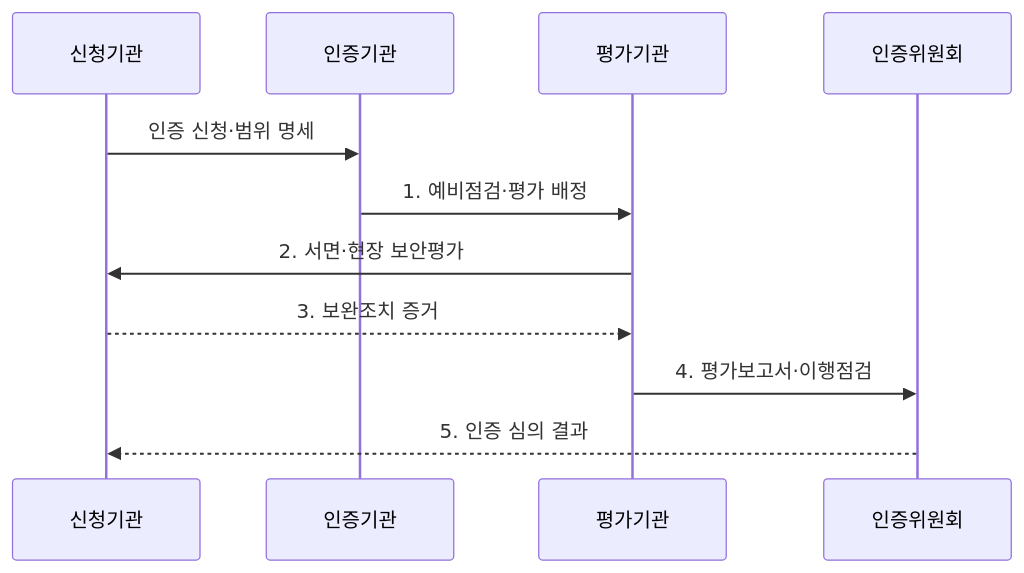
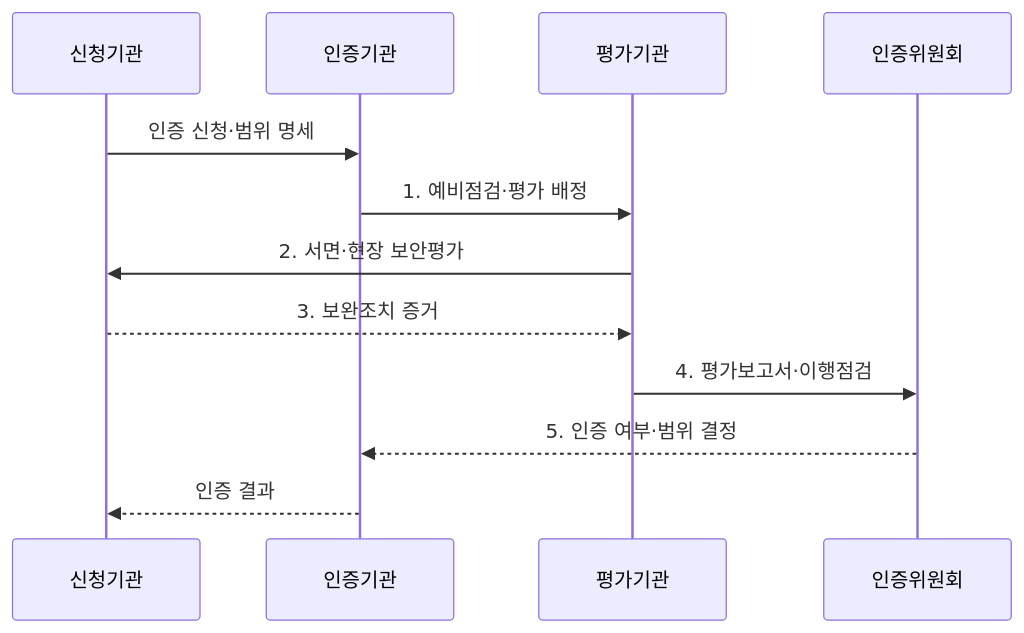
Before and after one commit to agnusdei1207/knowledge-base: the second of 2 diagrams in src/content/docs/notes/06-evaluation/048_csap_assessment.md, drawn with Mermaid. The commit also changed other lines of this file and 11 other files, not shown here.

````diff
--- a/src/content/docs/notes/06-evaluation/048_csap_assessment.md
+++ b/src/content/docs/notes/06-evaluation/048_csap_assessment.md
@@ -88,13 +88,14 @@
 ```mermaid
 sequenceDiagram
     participant C as 신청기관
     participant K as 인증기관
     participant E as 평가기관
     participant B as 인증위원회
     C->>K: 인증 신청·범위 명세
     K->>E: 1. 예비점검·평가 배정
     E->>C: 2. 서면·현장 보안평가
     C-->>E: 3. 보완조치 증거
     E->>B: 4. 평가보고서·이행점검
-    B-->>C: 5. 인증 심의 결과
+    B-->>K: 5. 인증 여부·범위 결정
+    K-->>C: 인증 결과
 ```
````
